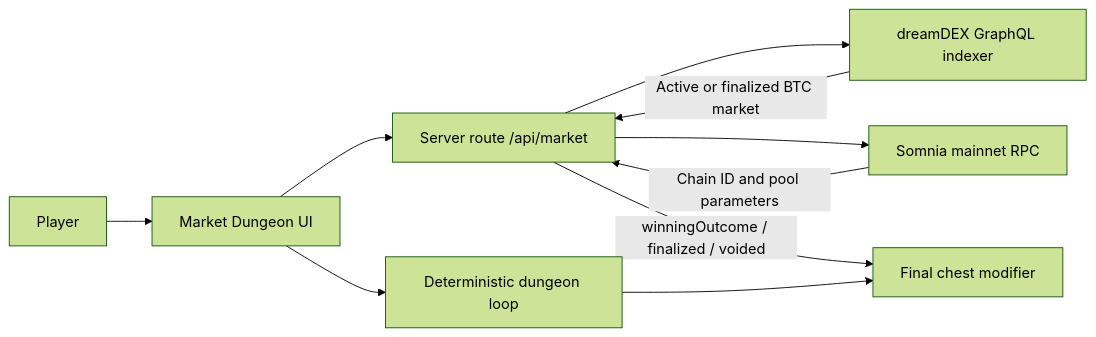
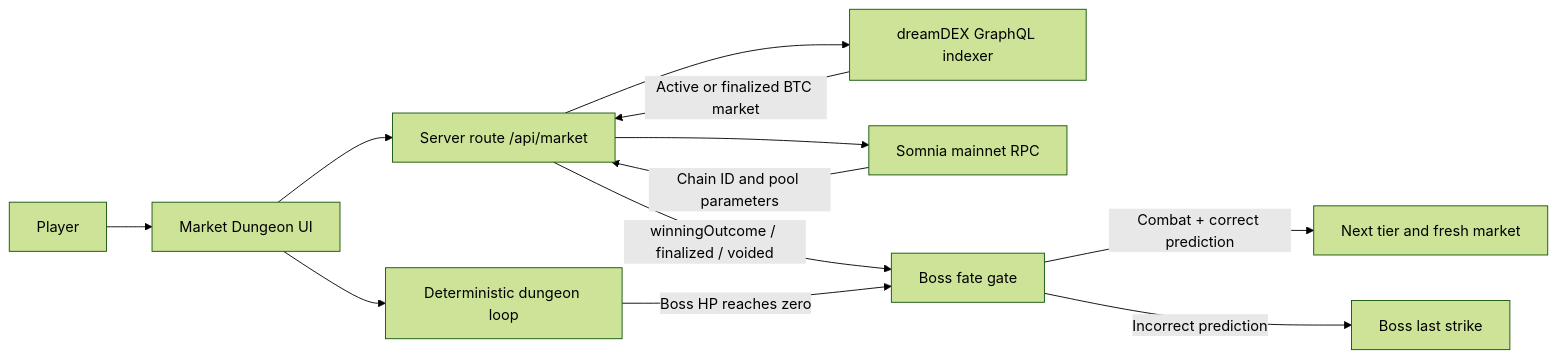
One commit to CryptoMickle/market-dungeon changed the diagram in README.md. Above: the diagram before and after it, drawn with Mermaid (forest theme). The commit also changed other lines of this file and 2 other files, not shown here.

Commit message:
Add tiered boss prediction progression

````diff
--- a/README.md
+++ b/README.md
@@ -42,12 +46,14 @@
 ```mermaid
 flowchart LR
     P[Player] --> UI[Market Dungeon UI]
     UI --> API[Server route /api/market]
     API --> IDX[dreamDEX GraphQL indexer]
     API --> RPC[Somnia mainnet RPC]
     IDX -->|Active or finalized BTC market| API
     RPC -->|Chain ID and pool parameters| API
     UI --> LOOP[Deterministic dungeon loop]
-    API -->|winningOutcome / finalized / voided| CHEST[Final chest modifier]
-    LOOP --> CHEST
+    API -->|winningOutcome / finalized / voided| GATE[Boss fate gate]
+    LOOP -->|Boss HP reaches zero| GATE
+    GATE -->|Combat + correct prediction| NEXT[Next tier and fresh market]
+    GATE -->|Incorrect prediction| LOSS[Boss last strike]
 ```
````
